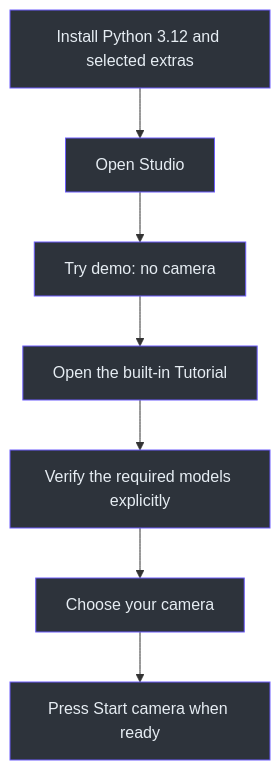
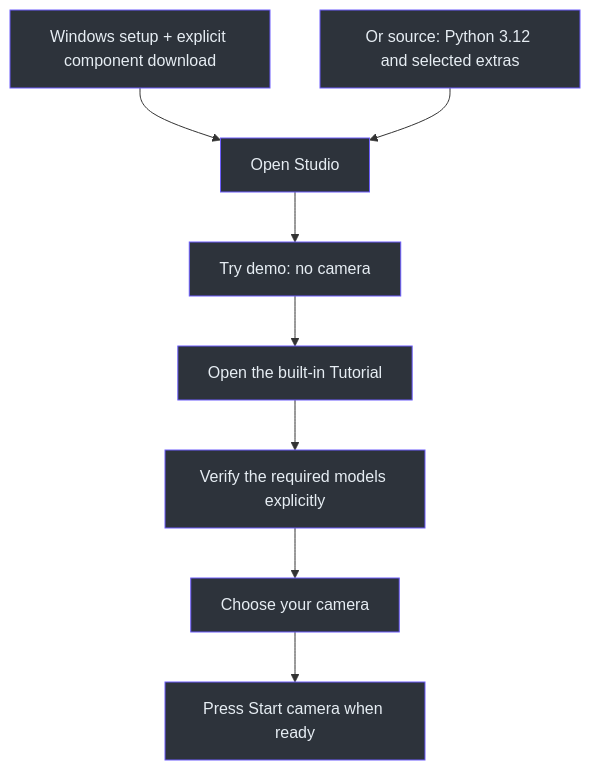
Before and after one commit to Zanark/KardboardCode-VTuber: the first of 2 diagrams in docs/guides/getting-started.md, drawn with Mermaid. The commit also changed other lines of this file and 27 other files, not shown here.

First line of the commit message:
feat: deliver per-user online Windows Studio setup

````diff
--- a/docs/guides/getting-started.md
+++ b/docs/guides/getting-started.md
@@ -42,10 +56,11 @@
 ```mermaid
 flowchart TD
-    Install["Install Python 3.12 and selected extras"] --> Open["Open Studio"]
+    Setup["Windows setup + explicit component download"] --> Open["Open Studio"]
+    Install["Or source: Python 3.12 and selected extras"] --> Open
     Open --> Demo["Try demo: no camera"]
     Demo --> Guide["Open the built-in Tutorial"]
     Guide --> Models["Verify the required models explicitly"]
     Models --> Source["Choose your camera"]
     Source --> Start["Press Start camera when ready"]
     classDef default fill:#2d333b,stroke:#6d5dfc,color:#e6edf3
 ```
````
